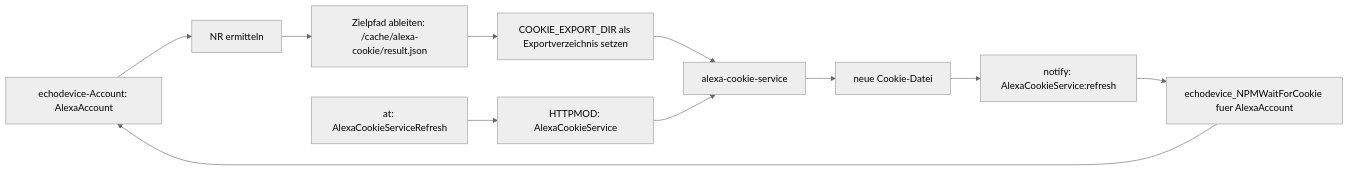
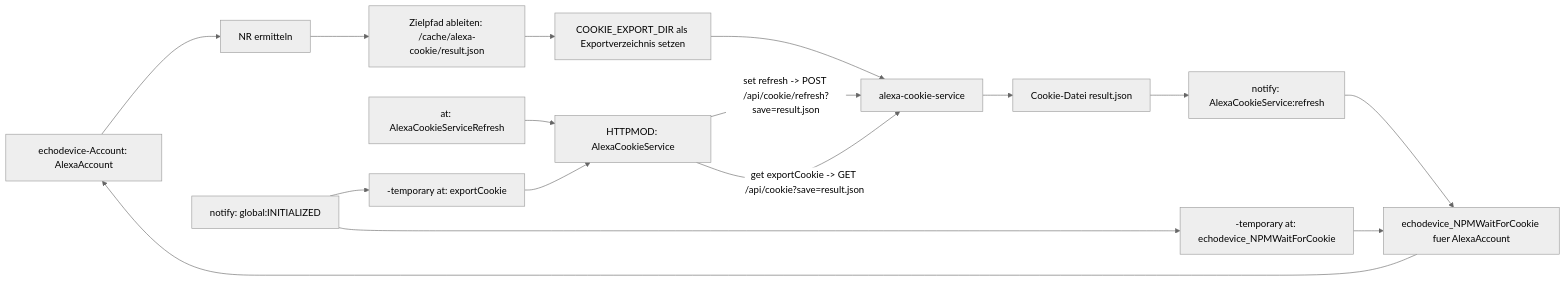
One commit to fhem/alexa-cookie-service changed the diagram in README.md. Above: the diagram before and after it, drawn with Mermaid (neutral theme). The commit also changed other lines of this file, not shown here.

Commit message:
readme: update integration flow and hide broken examples

````diff
--- a/README.md
+++ b/README.md
@@ -436,13 +437,18 @@
 ```mermaid
 flowchart LR
   ED["echodevice-Account: AlexaAccount"] --> NR["NR ermitteln"]
   NR --> PATH["Zielpfad ableiten: <fhem_home>/cache/alexa-cookie/<NR>result.json"]
   PATH --> ENV["COOKIE_EXPORT_DIR als Exportverzeichnis setzen"]
   ENV --> SVC["alexa-cookie-service"]
-  HTTPMOD["HTTPMOD: AlexaCookieService"] --> SVC
+  HTTPMOD["HTTPMOD: AlexaCookieService"] -->|set refresh -> POST /api/cookie/refresh?save=<NR>result.json| SVC
+  HTTPMOD -->|get exportCookie -> GET /api/cookie?save=<NR>result.json| SVC
   AT["at: AlexaCookieServiceRefresh"] --> HTTPMOD
-  SVC --> FILE["neue Cookie-Datei"]
+  INIT["notify: global:INITIALIZED"] --> TMP1["-temporary at: exportCookie"]
+  INIT --> TMP2["-temporary at: echodevice_NPMWaitForCookie"]
+  TMP1 --> HTTPMOD
+  SVC --> FILE["Cookie-Datei <NR>result.json"]
   FILE --> NOTIFY["notify: AlexaCookieService:refresh"]
   NOTIFY --> IMPORT["echodevice_NPMWaitForCookie fuer AlexaAccount"]
+  TMP2 --> IMPORT
   IMPORT --> ED
 ```
````
